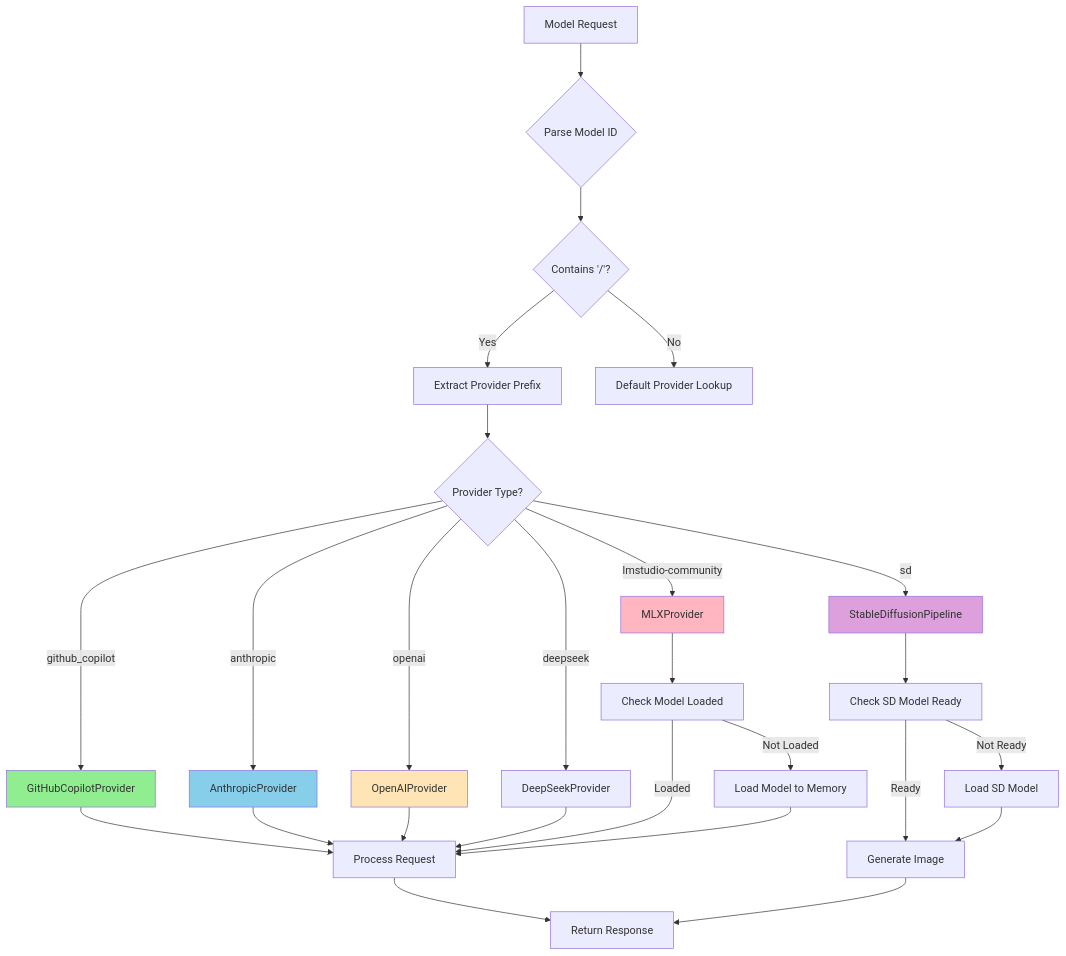
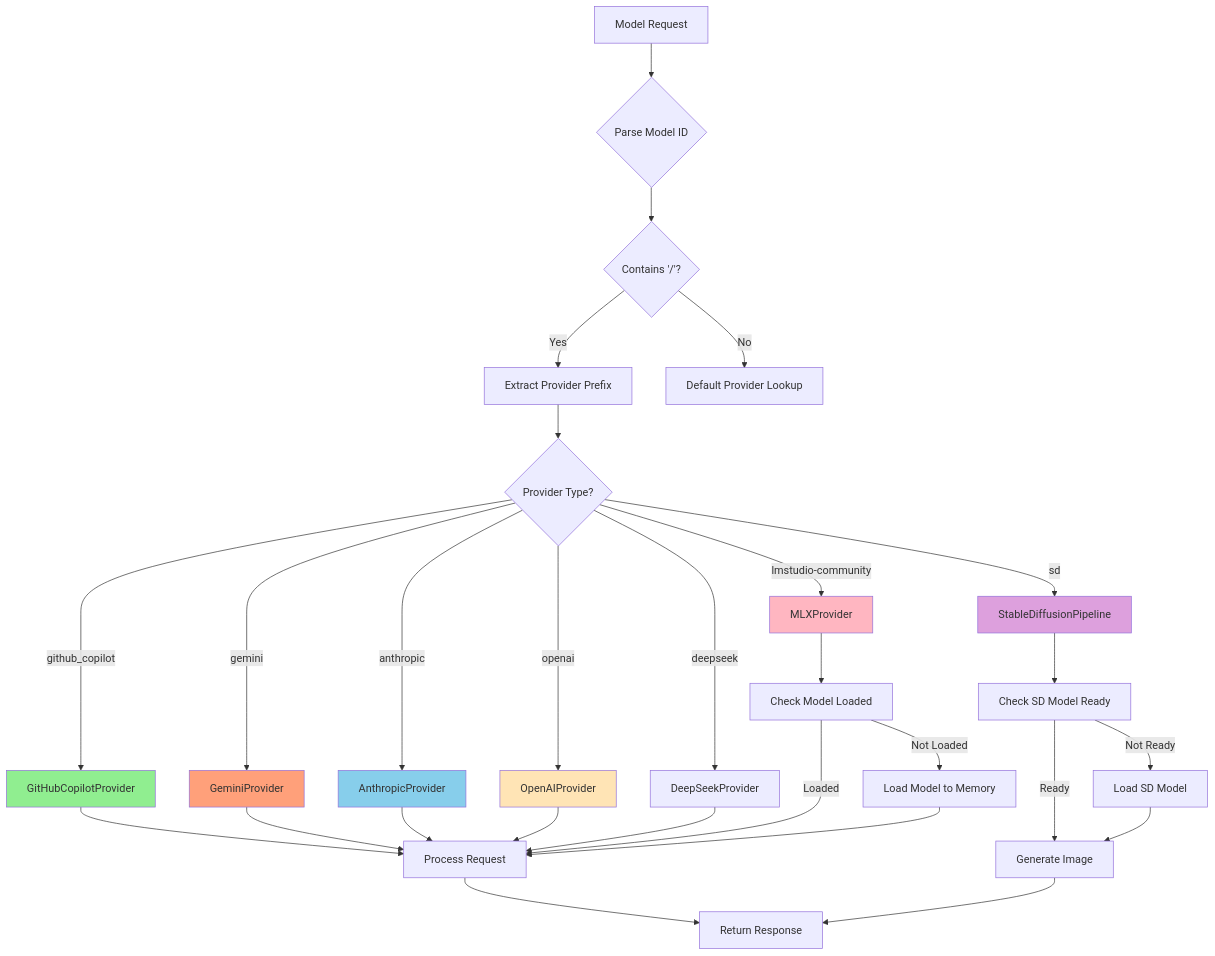
The third of 9 diagrams in project-docs/flows/model_loading_flow.md (SyntheticAutonomicMind/SAM), drawn with Mermaid before and after one commit. The commit also changed other lines of this file and 7 other files, not shown here.

````diff
--- a/project-docs/flows/model_loading_flow.md
+++ b/project-docs/flows/model_loading_flow.md
@@ -126,41 +126,44 @@
 ```mermaid
 flowchart TD
     A[Model Request] --> B{Parse Model ID}
     
     B --> C{Contains '/'?}
     C -->|Yes| D[Extract Provider Prefix]
     C -->|No| E[Default Provider Lookup]
     
     D --> F{Provider Type?}
     
     F -->|github_copilot| G[GitHubCopilotProvider]
+    F -->|gemini| GEM[GeminiProvider]
     F -->|anthropic| H[AnthropicProvider]
     F -->|openai| I[OpenAIProvider]
     F -->|deepseek| J[DeepSeekProvider]
     F -->|lmstudio-community| K[MLXProvider]
     F -->|sd| L[StableDiffusionPipeline]
     
     G --> M[Process Request]
+    GEM --> M
     H --> M
     I --> M
     J --> M
     K --> N[Check Model Loaded]
     L --> O[Check SD Model Ready]
     
     N -->|Loaded| M
     N -->|Not Loaded| P[Load Model to Memory]
     P --> M
     
     O -->|Ready| Q[Generate Image]
     O -->|Not Ready| R[Load SD Model]
     R --> Q
     
     M --> S[Return Response]
     Q --> S
     
     style G fill:#90EE90
+    style GEM fill:#FFA07A
     style H fill:#87CEEB
     style I fill:#FFE4B5
     style K fill:#FFB6C1
     style L fill:#DDA0DD
 ```
````
